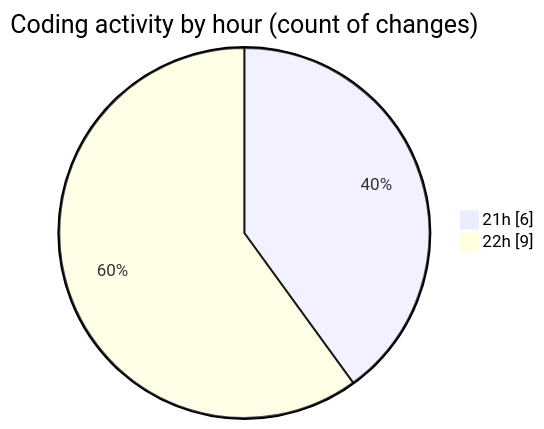
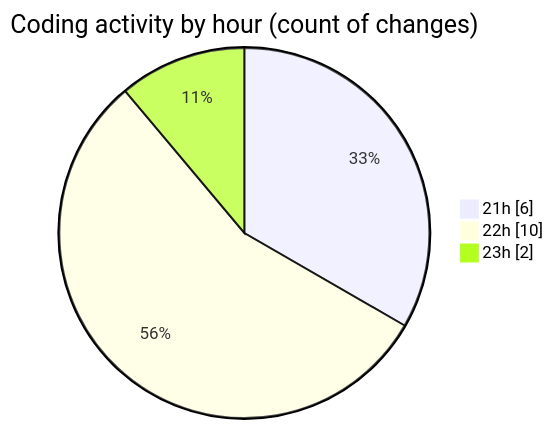
One commit to NitaiMahat/code-tracking changed the second of 2 diagrams in 2025-04-02/startfiles__2_/README.md. Above: the diagram before and after it, drawn with Mermaid. The commit also changed other lines of this file and 1 other file, not shown here.

````diff
--- a/2025-04-02/startfiles__2_/README.md
+++ b/2025-04-02/startfiles__2_/README.md
@@ -34,6 +34,7 @@
 ```mermaid
 pie showData
 title Coding activity by hour (count of changes)
 "21h" : 6
-"22h" : 9
+"22h" : 10
+"23h" : 2
 ```
````
